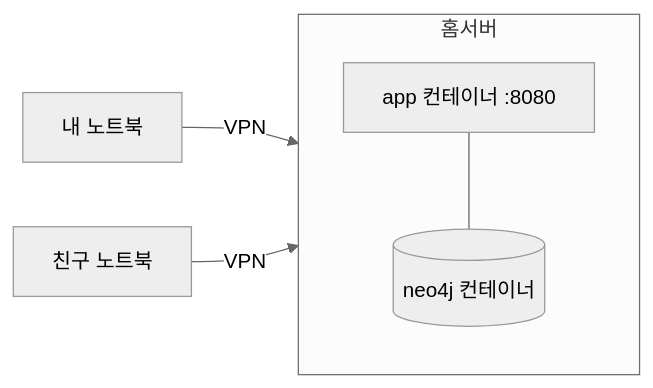
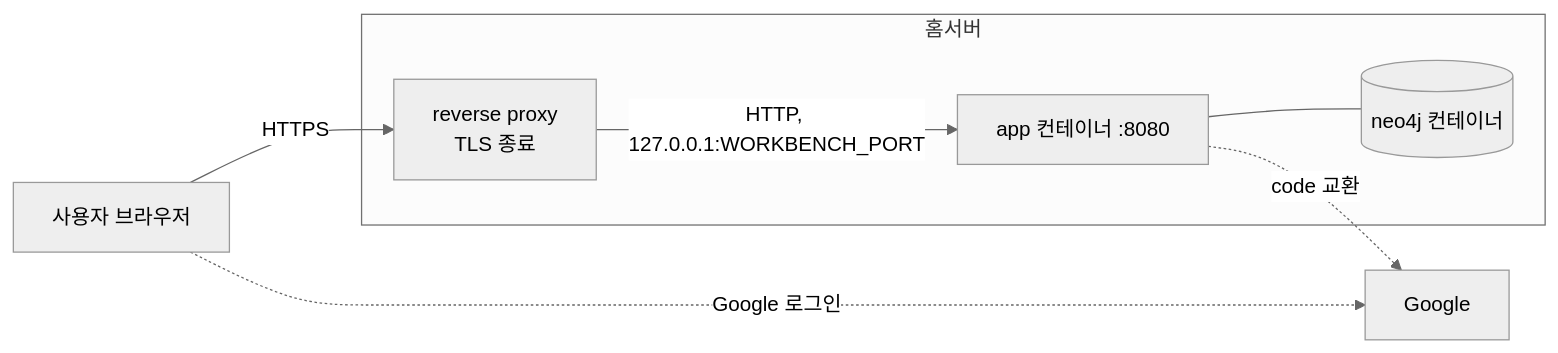
Before and after one commit to jon890/fos-graphrag: the diagram in financial-workbench/docs/deployment.md, drawn with Mermaid (neutral theme). The commit also changed other lines of this file and 10 other files, not shown here.

First line of the commit message:
feat(workbench-deploy): 공개 HTTPS 배포에 맞게 Compose 와 백업을 고치고 GHCR workflow 를 더한다

````diff
--- a/financial-workbench/docs/deployment.md
+++ b/financial-workbench/docs/deployment.md
@@ -8,8 +9,10 @@
 ```mermaid
 flowchart LR
-  F1[내 노트북] -- VPN --> H
-  F2[친구 노트북] -- VPN --> H
+  U1[사용자 브라우저] -- HTTPS --> P[reverse proxy<br/>TLS 종료]
+  U1 -. Google 로그인 .-> G[Google]
   subgraph H[홈서버]
-    APP[app 컨테이너 :8080] --- NEO[(neo4j 컨테이너)]
+    P -- HTTP, 127.0.0.1:WORKBENCH_PORT --> APP[app 컨테이너 :8080]
+    APP --- NEO[(neo4j 컨테이너)]
   end
+  APP -. code 교환 .-> G
 ```
````
